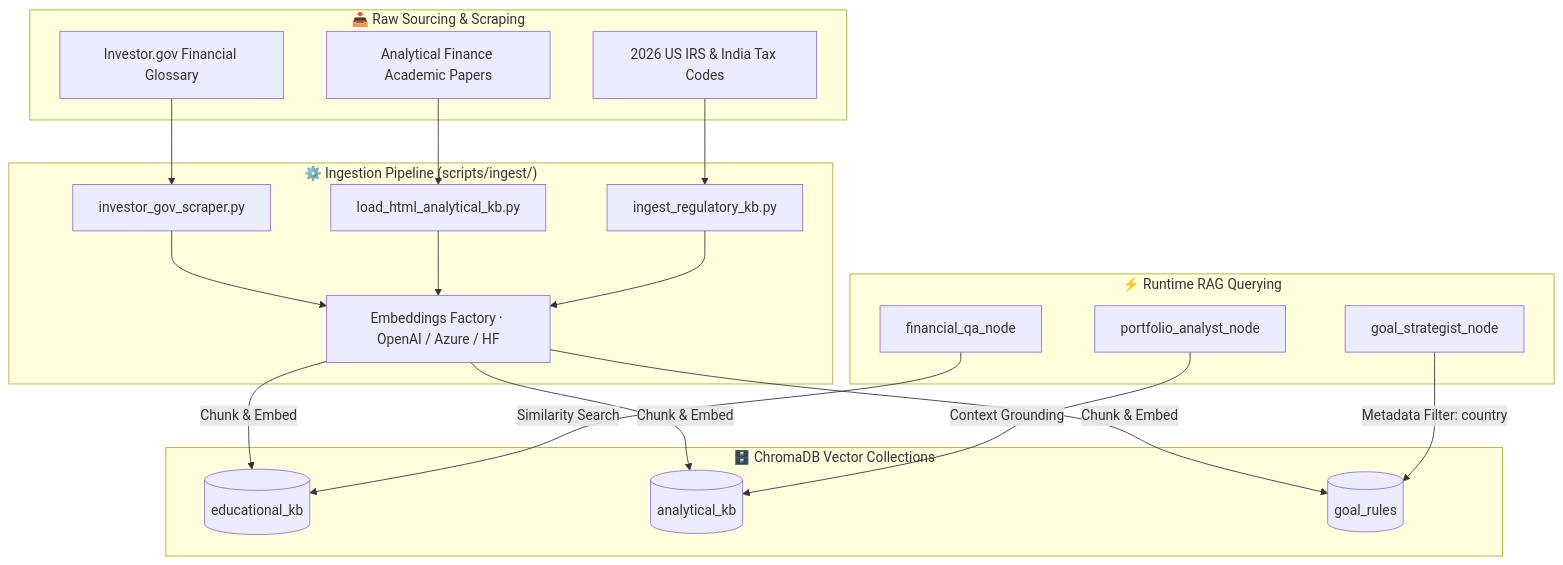
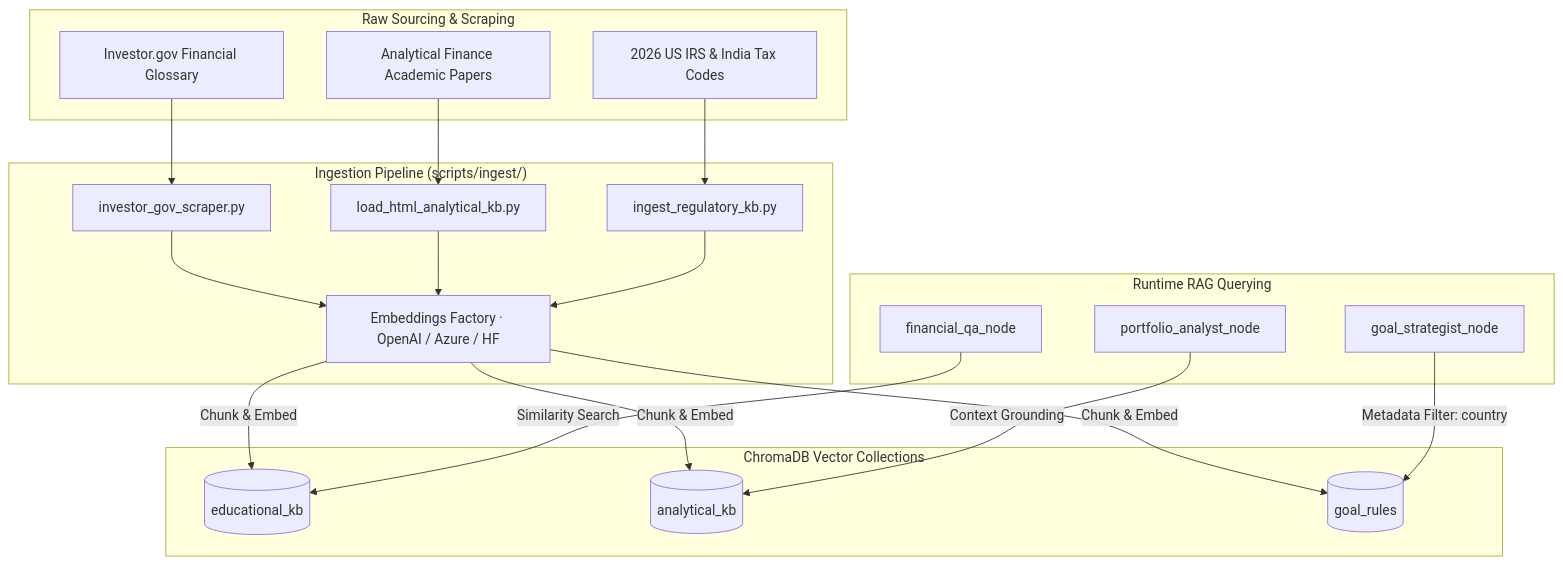
The diagram in docs/KNOWLEDGE_BASE_AND_RAG.md (uthircloudnative/finnie-ai), drawn with Mermaid before and after one commit. The commit also changed other lines of this file and 33 other files, not shown here.

````diff
--- a/docs/KNOWLEDGE_BASE_AND_RAG.md
+++ b/docs/KNOWLEDGE_BASE_AND_RAG.md
@@ -19,30 +19,30 @@
 ```mermaid
 graph TD
-    subgraph DataSourcing["📥 Raw Sourcing & Scraping"]
+    subgraph DataSourcing[" Raw Sourcing & Scraping"]
         SRC1[Investor.gov Financial Glossary]
         SRC2[Analytical Finance Academic Papers]
         SRC3[2026 US IRS & India Tax Codes]
     end
 
-    subgraph Pipeline["⚙️ Ingestion Pipeline (scripts/ingest/)"]
+    subgraph Pipeline["Ingestion Pipeline (scripts/ingest/)"]
         SRC1 --> Scraper[investor_gov_scraper.py]
         SRC2 --> Loader[load_html_analytical_kb.py]
         SRC3 --> IngestTax[ingest_regulatory_kb.py]
         
         Scraper --> Factory[Embeddings Factory · OpenAI / Azure / HF]
         Loader --> Factory
         IngestTax --> Factory
     end
 
-    subgraph Storage["🗄️ ChromaDB Vector Collections"]
+    subgraph Storage["ChromaDB Vector Collections"]
         Factory -->|Chunk & Embed| Coll1[(educational_kb)]
         Factory -->|Chunk & Embed| Coll2[(analytical_kb)]
         Factory -->|Chunk & Embed| Coll3[(goal_rules)]
     end
 
-    subgraph Runtime["⚡ Runtime RAG Querying"]
+    subgraph Runtime[" Runtime RAG Querying"]
         QA[financial_qa_node] -->|Similarity Search| Coll1
         Analyst[portfolio_analyst_node] -->|Context Grounding| Coll2
         Goal[goal_strategist_node] -->|Metadata Filter: country| Coll3
     end
 ```
````
